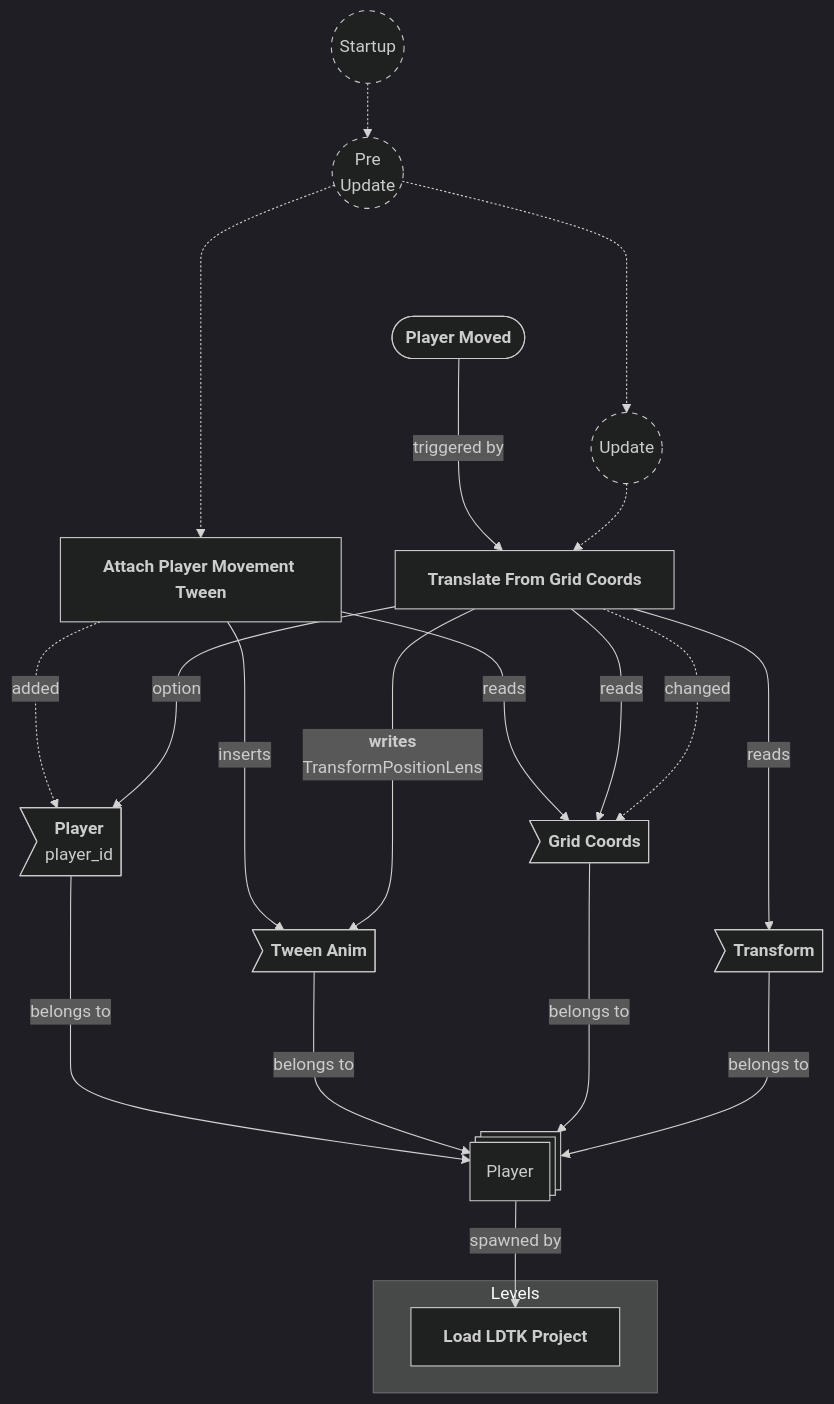
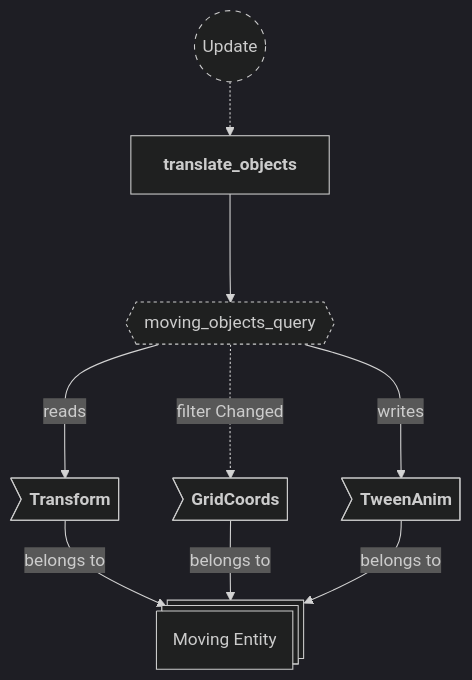
Before and after one commit to neurosoup/tyled: the third of 5 diagrams in backlog/docs/doc-4 - 003-Movements-plugin.md, drawn with Mermaid. The commit also changed other lines of this file and 7 other files, not shown here.

````diff
--- a/backlog/docs/doc-4 - 003-Movements-plugin.md
+++ b/backlog/docs/doc-4 - 003-Movements-plugin.md
@@ -8,59 +106,28 @@
 ```mermaid
 ---
 config:
   theme: dark
 ---
 
 flowchart TD
+classDef system-group stroke-dasharray: 5 5
+classDef query stroke-dasharray: 3 3
 
-%% dash for system groups
-classDef system-group stroke-dasharray: 5 5
+update(("`Update`")):::system-group
+translate_objects["`**translate_objects**`"]
 
-%%%%%%%%%%%%%%%%%%%%%%%
-%%      Messages     %%
-%%%%%%%%%%%%%%%%%%%%%%%
+update -.-> translate_objects
 
-player_moved_message(["`**Player Moved**`"])
-player_moved_message ---> |triggered by| translate_from_grid_coords   
+moving_objects_query{{"`moving_objects_query`"}}:::query
+translate_objects ---> moving_objects_query
 
-%%%%%%%%%%%%%%%%%%%%%%%%%%%%
-%%  Entities & Components %%
-%%%%%%%%%%%%%%%%%%%%%%%%%%%%
+moving_entity@{ shape: st-rect, label: "Moving Entity" }
 
-%% Player entity
-player_entity@{ shape: st-rect, label: "Player" } 
-pe_player_component>"`**Player**<br>player_id`"] ---> |belongs to| player_entity
-pe_tween_anim_component>"`**Tween Anim**`"] ---> |belongs to| player_entity
-pe_grid_coords_component>"`**Grid Coords**`"] ---> |belongs to| player_entity
-pe_transform_component>"`**Transform**`"] ---> |belongs to| player_entity
-player_entity --> |spawned by| load_ldtk_project
+me_transform>"`**Transform**`"] --> |belongs to| moving_entity
+me_grid_coords>"`**GridCoords**`"] --> |belongs to| moving_entity
+me_tween_anim>"`**TweenAnim**`"] --> |belongs to| moving_entity
 
-%%%%%%%%%%%%%%%%%%%%%%%
-%%      Systems      %%
-%%%%%%%%%%%%%%%%%%%%%%%
-
-startup((Startup)):::system-group -.-> preupdate(("`Pre<br>Update`")):::system-group -...-> update(("`Update`")):::system-group
-
-subgraph Levels
-    load_ldtk_project["`**Load LDTK Project**`"]
-end
-
-%%startup -.-> load_ldtk_project
-
-attach_player_movement_tween["`**Attach Player Movement Tween**`"]
-translate_from_grid_coords["`**Translate From Grid Coords**`"]
-
-preupdate -.-> attach_player_movement_tween
-update -.-> translate_from_grid_coords
-
-attach_player_movement_tween -.-> |added| pe_player_component
-attach_player_movement_tween ---> |reads| pe_grid_coords_component
-attach_player_movement_tween ----> |inserts| pe_tween_anim_component
-
-
-translate_from_grid_coords ---> |reads| pe_transform_component
-translate_from_grid_coords ---> |reads| pe_grid_coords_component
-translate_from_grid_coords -.-> |changed| pe_grid_coords_component
-translate_from_grid_coords ---> |option| pe_player_component
-translate_from_grid_coords ----> |"`**writes**<br>TransformPositionLens`"| pe_tween_anim_component
+moving_objects_query ---> |reads| me_transform
+moving_objects_query -..-> |filter Changed| me_grid_coords
+moving_objects_query ---> |writes| me_tween_anim
 ```
````
